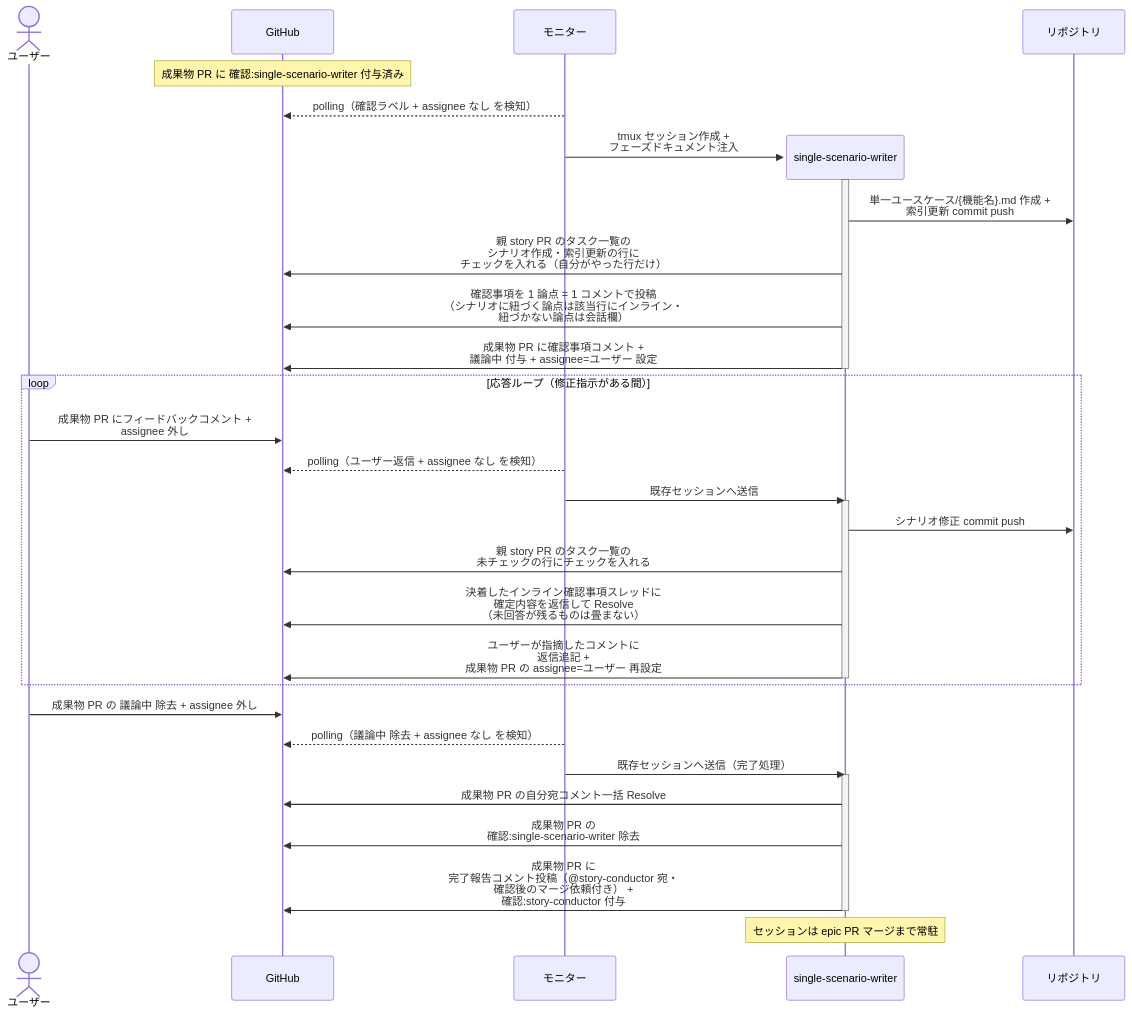
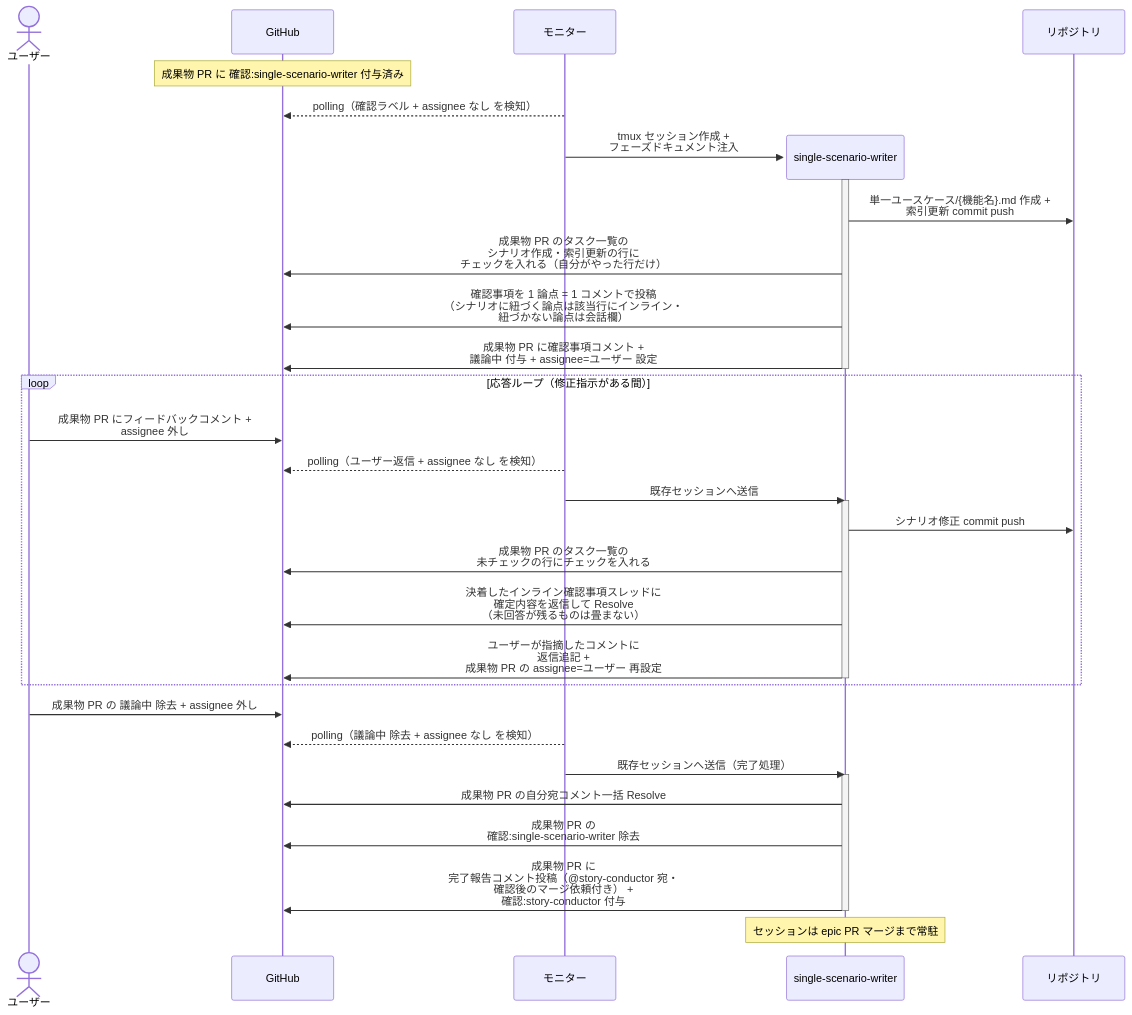
Before and after one commit to shuhei1101/ai-monitor: the first of 3 diagrams in docs/wiki/設計図/シナリオ/単一ユースケース/単一シナリオ設計.md, drawn with Mermaid. The commit also changed other lines of this file and 103 other files, not shown here.

````diff
--- a/docs/wiki/設計図/シナリオ/単一ユースケース/単一シナリオ設計.md
+++ b/docs/wiki/設計図/シナリオ/単一ユースケース/単一シナリオ設計.md
@@ -26,40 +26,40 @@
 ```mermaid
 sequenceDiagram
   actor U as ユーザー
   participant GH as GitHub
   participant ORC as モニター
 
   Note over GH: 成果物 PR に 確認:single-scenario-writer 付与済み
   ORC-->>GH: polling（確認ラベル + assignee なし を検知）
   create participant MON as single-scenario-writer
   ORC->>MON: tmux セッション作成 +<br>フェーズドキュメント注入
   participant REPO as リポジトリ
   activate MON
   MON->>REPO: 単一ユースケース/{機能名}.md 作成 +<br>索引更新 commit push
-  MON->>GH: 親 story PR のタスク一覧の<br>シナリオ作成・索引更新の行に<br>チェックを入れる（自分がやった行だけ）
+  MON->>GH: 成果物 PR のタスク一覧の<br>シナリオ作成・索引更新の行に<br>チェックを入れる（自分がやった行だけ）
   MON->>GH: 確認事項を 1 論点 = 1 コメントで投稿<br>（シナリオに紐づく論点は該当行にインライン・<br>紐づかない論点は会話欄）
   MON->>GH: 成果物 PR に確認事項コメント +<br>議論中 付与 + assignee=ユーザー 設定
   deactivate MON
 
   loop 応答ループ（修正指示がある間）
     U->>GH: 成果物 PR にフィードバックコメント +<br>assignee 外し
     ORC-->>GH: polling（ユーザー返信 + assignee なし を検知）
     ORC->>MON: 既存セッションへ送信
     activate MON
     MON->>REPO: シナリオ修正 commit push
-    MON->>GH: 親 story PR のタスク一覧の<br>未チェックの行にチェックを入れる
+    MON->>GH: 成果物 PR のタスク一覧の<br>未チェックの行にチェックを入れる
     MON->>GH: 決着したインライン確認事項スレッドに<br>確定内容を返信して Resolve<br>（未回答が残るものは畳まない）
     MON->>GH: ユーザーが指摘したコメントに<br>返信追記 +<br>成果物 PR の assignee=ユーザー 再設定
     deactivate MON
   end
 
   U->>GH: 成果物 PR の 議論中 除去 + assignee 外し
   ORC-->>GH: polling（議論中 除去 + assignee なし を検知）
   ORC->>MON: 既存セッションへ送信（完了処理）
   activate MON
   MON->>GH: 成果物 PR の自分宛コメント一括 Resolve
   MON->>GH: 成果物 PR の<br>確認:single-scenario-writer 除去
   MON->>GH: 成果物 PR に<br>完了報告コメント投稿（@story-conductor 宛・<br>確認後のマージ依頼付き） +<br>確認:story-conductor 付与
   deactivate MON
   Note over MON: セッションは epic PR マージまで常駐
 ```
````
